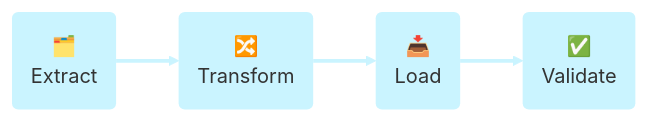
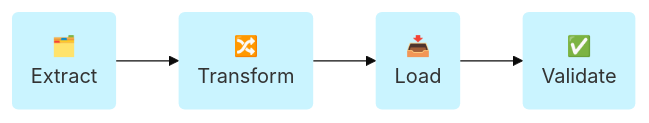
The second of 4 diagrams in docs/en/get-started.md (MobilityData/gbfs.org), drawn with Mermaid (base theme) before and after one commit. The commit also changed other lines of this file, not shown here.

````diff
--- a/docs/en/get-started.md
+++ b/docs/en/get-started.md
@@ -70,21 +57,17 @@
 ``` mermaid
 graph LR
-  classDef white fill:#CAF4FF,stroke:#000000,stroke-width:0px;
+  classDef blue fill:#CAF4FF,stroke-width:0px;
 
   A(🗂️
   Extract) --> B(🔀
   Transform) --> C(📥
   Load) --> D(✅
   Validate);
 
   click A "#1-extract-data-from-your-mobility-system" "A"
   click B "#2-transform-your-data-into-gbfs-structure" "B"
   click C "#3-load-or-expose-your-gbfs-feeds" "C"
   click D "#4-validate-your-gbfs-feeds" "D"
 
-  class A,B,C,D white
-
-  linkStyle 0 stroke:#CAF4FF,stroke-width:3px
-  linkStyle 1 stroke:#CAF4FF,stroke-width:3px
-  linkStyle 2 stroke:#CAF4FF,stroke-width:3px
+  class A,B,C,D blue
 ```
````
